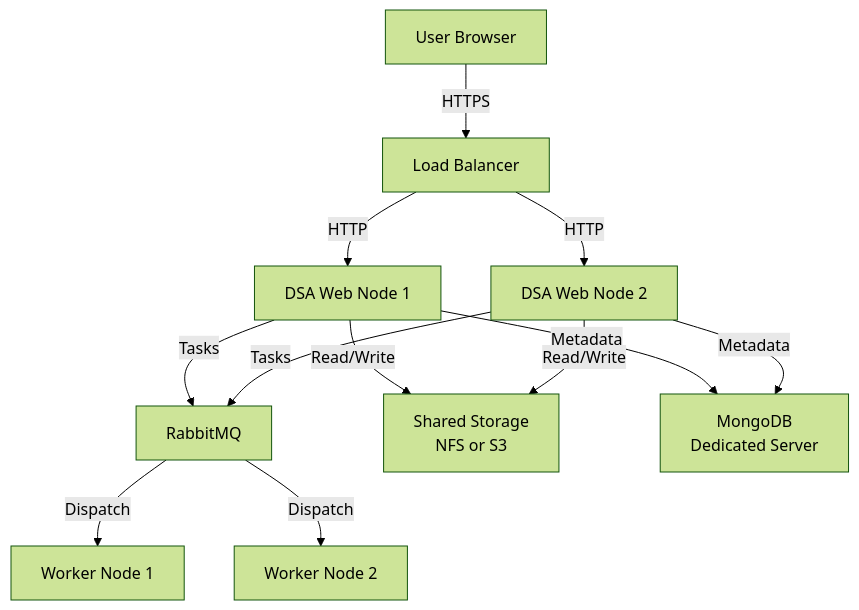
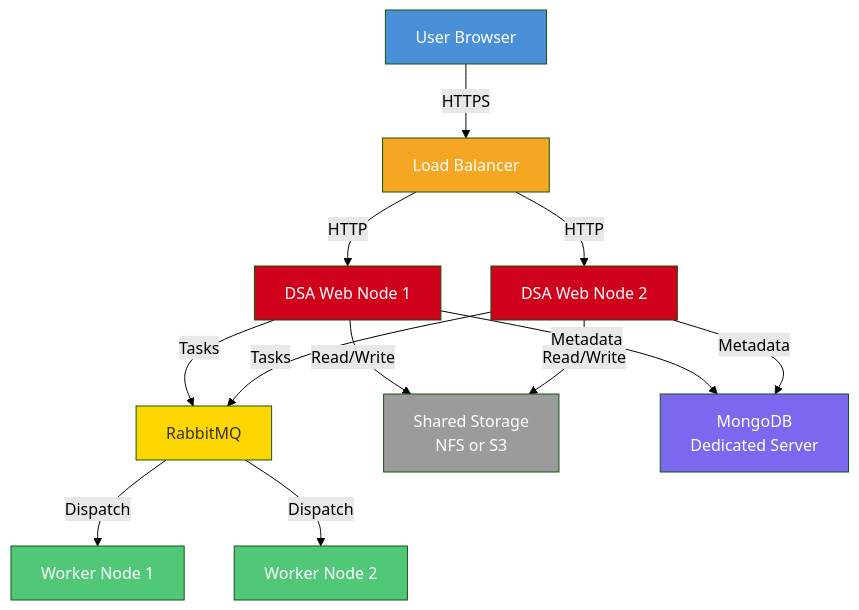
Before and after one commit to Kentucky-Open-Science/BDSA_Setup_Documentation: the fourth of 5 diagrams in README.md, drawn with Mermaid (forest theme). The commit also changed other lines of this file, not shown here.

Commit message:
move the architecture diagrams

````diff
--- a/README.md
+++ b/README.md
@@ -812,14 +599,24 @@
 ```mermaid
 graph TD
     A[User Browser] -->|HTTPS| B[Load Balancer]
     B -->|HTTP| C[DSA Web Node 1]
     B -->|HTTP| D[DSA Web Node 2]
     C -->|Tasks| E[RabbitMQ]
     D -->|Tasks| E
     E -->|Dispatch| F[Worker Node 1]
     E -->|Dispatch| G[Worker Node 2]
     C -->|Read/Write| H[Shared Storage<br>NFS or S3]
     D -->|Read/Write| H
     C -->|Metadata| I[MongoDB<br>Dedicated Server]
     D -->|Metadata| I
+
+    style A fill:#4A90D9,color:#fff
+    style B fill:#F5A623,color:#fff
+    style C fill:#D0021B,color:#fff
+    style D fill:#D0021B,color:#fff
+    style E fill:#FFD700,color:#333
+    style F fill:#50C878,color:#fff
+    style G fill:#50C878,color:#fff
+    style H fill:#9B9B9B,color:#fff
+    style I fill:#7B68EE,color:#fff
 ```
````
